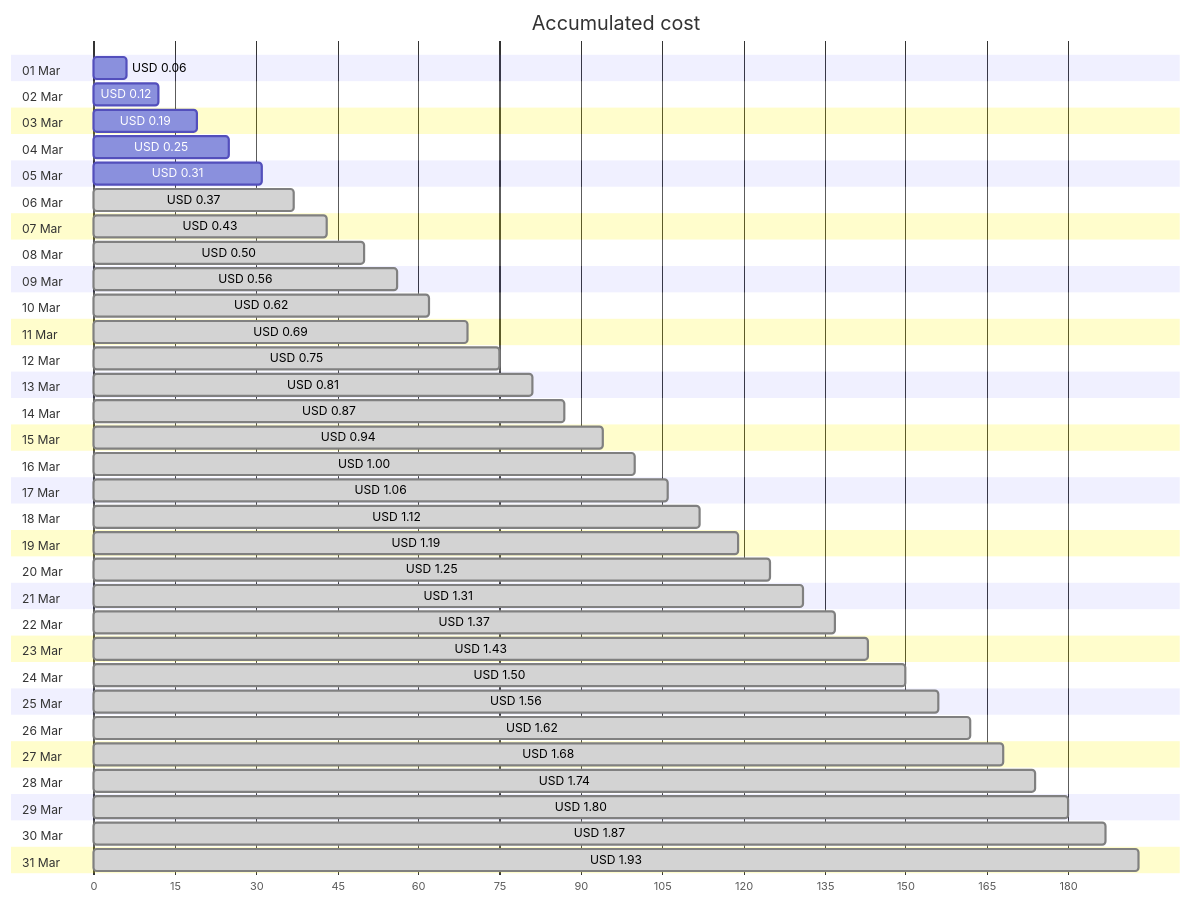
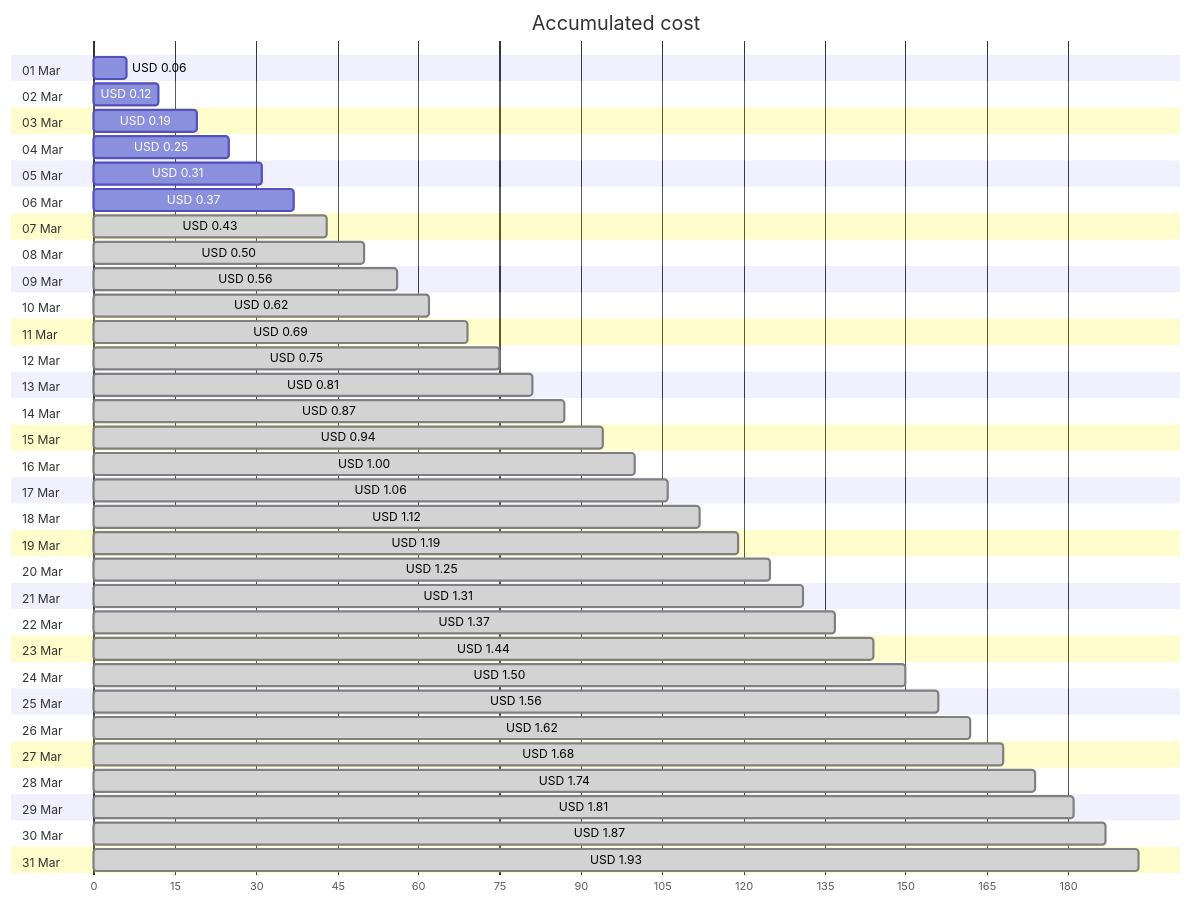
One commit to jpfulton/azure-personal-reports changed the first of 4 diagrams in cost-reports/personal-network/vpn-server_OsDisk.md. Above: the diagram before and after it, drawn with Mermaid. The commit also changed other lines of this file and 8 other files, not shown here.

````diff
--- a/cost-reports/personal-network/vpn-server_OsDisk.md
+++ b/cost-reports/personal-network/vpn-server_OsDisk.md
@@ -20,68 +20,68 @@
 ```mermaid
 gantt
    title Accumulated cost
    dateFormat  X
    axisFormat %s
    section 01 Mar
    USD 0.06 :0, 6
    section 02 Mar
    USD 0.12 :0, 12
    section 03 Mar
    USD 0.19 :0, 19
    section 04 Mar
    USD 0.25 :0, 25
    section 05 Mar
    USD 0.31 :0, 31
    section 06 Mar
-   USD 0.37 : done, 0, 37
+   USD 0.37 :0, 37
    section 07 Mar
    USD 0.43 : done, 0, 43
    section 08 Mar
    USD 0.50 : done, 0, 50
    section 09 Mar
    USD 0.56 : done, 0, 56
    section 10 Mar
    USD 0.62 : done, 0, 62
    section 11 Mar
    USD 0.69 : done, 0, 69
    section 12 Mar
    USD 0.75 : done, 0, 75
    section 13 Mar
    USD 0.81 : done, 0, 81
    section 14 Mar
    USD 0.87 : done, 0, 87
    section 15 Mar
    USD 0.94 : done, 0, 94
    section 16 Mar
    USD 1.00 : done, 0, 100
    section 17 Mar
    USD 1.06 : done, 0, 106
    section 18 Mar
    USD 1.12 : done, 0, 112
    section 19 Mar
    USD 1.19 : done, 0, 119
    section 20 Mar
    USD 1.25 : done, 0, 125
    section 21 Mar
    USD 1.31 : done, 0, 131
    section 22 Mar
    USD 1.37 : done, 0, 137
    section 23 Mar
-   USD 1.43 : done, 0, 143
+   USD 1.44 : done, 0, 144
    section 24 Mar
    USD 1.50 : done, 0, 150
    section 25 Mar
    USD 1.56 : done, 0, 156
    section 26 Mar
    USD 1.62 : done, 0, 162
    section 27 Mar
    USD 1.68 : done, 0, 168
    section 28 Mar
    USD 1.74 : done, 0, 174
    section 29 Mar
-   USD 1.80 : done, 0, 180
+   USD 1.81 : done, 0, 181
    section 30 Mar
    USD 1.87 : done, 0, 187
    section 31 Mar
    USD 1.93 : done, 0, 193
 ```
````
